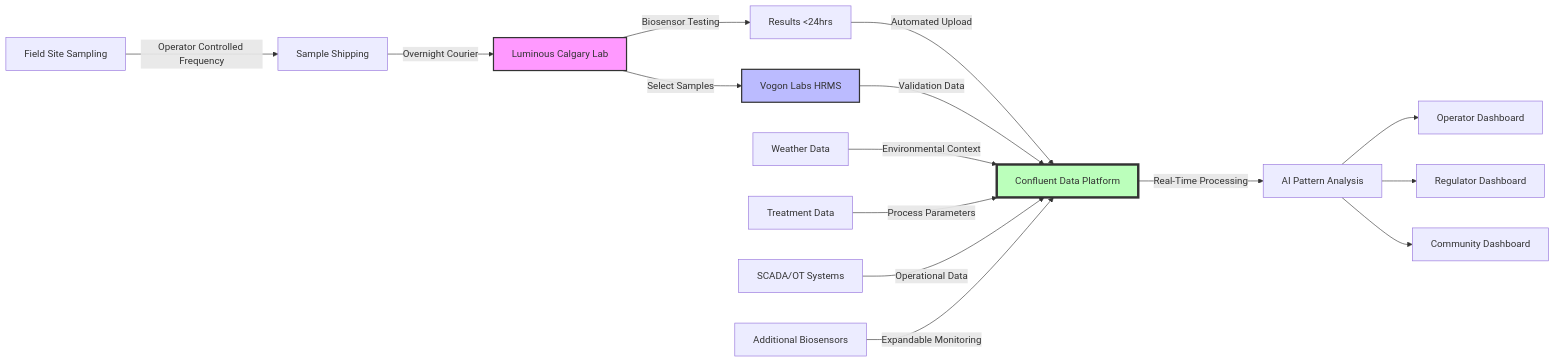
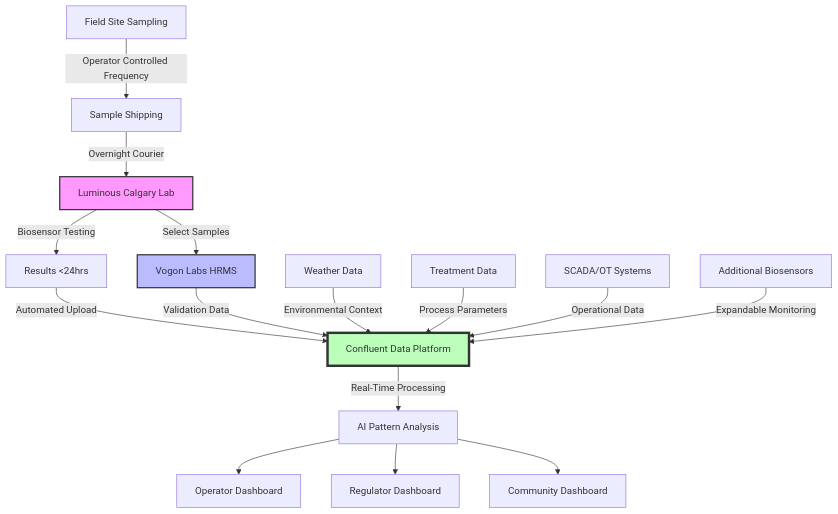
The diagram in 1. Grant Funding/ERA/ERA Tailings Challenge/00 Response submission/Claude ERA TTC Sub Sept 2.md (gregsaunders/luminous_obsidian_vault), drawn with Mermaid before and after one commit.

Commit message:
vault backup: 2025-09-02 18:26:51

````diff
--- a/1. Grant Funding/ERA/ERA Tailings Challenge/00 Response submission/Claude ERA TTC Sub Sept 2.md
+++ b/1. Grant Funding/ERA/ERA Tailings Challenge/00 Response submission/Claude ERA TTC Sub Sept 2.md
@@ -137,22 +137,27 @@
 ```mermaid
-graph LR
-    A[Field Site Sampling] -->|Operator Controlled Frequency| B[Sample Shipping]
+graph TB
+    A[Field Site Sampling]
+    A -->|Operator Controlled Frequency| B[Sample Shipping]
     B -->|Overnight Courier| C[Luminous Calgary Lab]
+    
     C -->|Biosensor Testing| D[Results <24hrs]
     C -->|Select Samples| E[Vogon Labs HRMS]
+    
     D -->|Automated Upload| F[Confluent Data Platform]
     E -->|Validation Data| F
-    F -->|Real-Time Processing| G[AI Pattern Analysis]
-    G --> H[Operator Dashboard]
-    G --> I[Regulator Dashboard]
-    G --> J[Community Dashboard]
     
     K[Weather Data] -->|Environmental Context| F
     L[Treatment Data] -->|Process Parameters| F
     M[SCADA/OT Systems] -->|Operational Data| F
     N[Additional Biosensors] -->|Expandable Monitoring| F
     
+    F -->|Real-Time Processing| G[AI Pattern Analysis]
+    
+    G --> H[Operator Dashboard]
+    G --> I[Regulator Dashboard]
+    G --> J[Community Dashboard]
+    
     style C fill:#f9f,stroke:#333,stroke-width:2px
     style E fill:#bbf,stroke:#333,stroke-width:2px
     style F fill:#bfb,stroke:#333,stroke-width:4px
 ```
````
